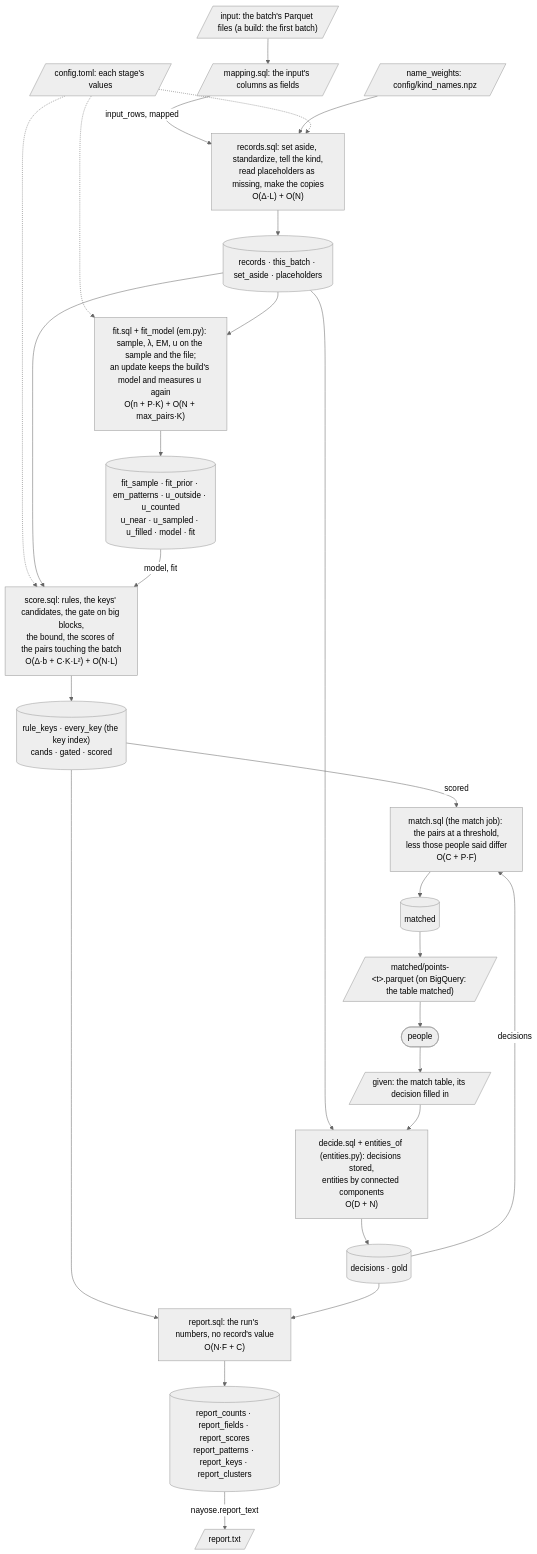
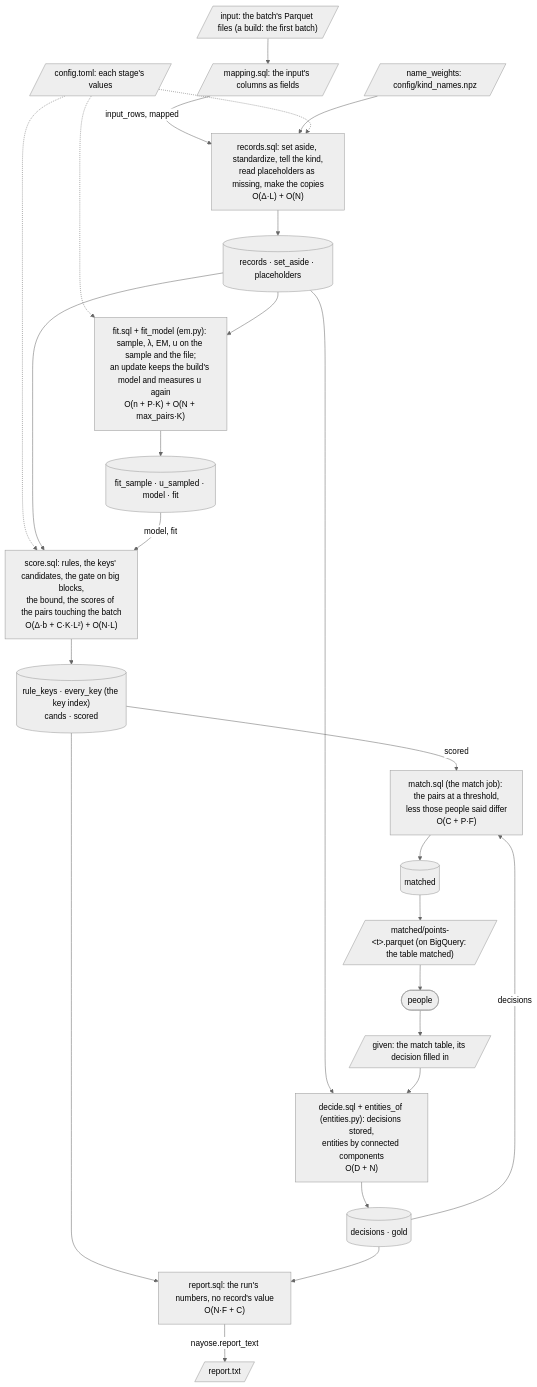
The third of 3 diagrams in docs/architecture.md (mvsbm/entity_matching), drawn with Mermaid (neutral theme) before and after one commit. The commit also changed other lines of this file and 11 other files, not shown here.

````diff
--- a/docs/architecture.md
+++ b/docs/architecture.md
@@ -110,48 +110,46 @@
 ```mermaid
 flowchart TB
   input[/"input: the batch's Parquet files (a build: the first batch)"/]
   mapping[/"mapping.sql: the input's columns as fields"/]
   values[/"config.toml: each stage's values"/]
   names[/"name_weights: config/kind_names.npz"/]
   records["records.sql: set aside, standardize, tell the kind,<br/>read placeholders as missing, make the copies<br/>O(Δ·L) + O(N)"]
   fit["fit.sql + fit_model (em.py): sample, λ, EM, u on the sample and the file;<br/>an update keeps the build's model and measures u again<br/>O(n + P·K) + O(N + max_pairs·K)"]
   score["score.sql: rules, the keys' candidates, the gate on big blocks,<br/>the bound, the scores of the pairs touching the batch<br/>O(Δ·b + C·K·L²) + O(N·L)"]
   decide["decide.sql + entities_of (entities.py): decisions stored,<br/>entities by connected components<br/>O(D + N)"]
   report["report.sql: the run's numbers, no record's value<br/>O(N·F + C)"]
   match["match.sql (the match job): the pairs at a threshold,<br/>less those people said differ<br/>O(C + P·F)"]
-  t_records[("records · this_batch · set_aside · placeholders")]
-  t_fit[("fit_sample · fit_prior · em_patterns · u_outside · u_counted<br/>u_near · u_sampled · u_filled · model · fit")]
-  t_score[("rule_keys · every_key (the key index)<br/>cands · gated · scored")]
+  t_records[("records · set_aside · placeholders")]
+  t_fit[("fit_sample · u_sampled · model · fit")]
+  t_score[("rule_keys · every_key (the key index)<br/>cands · scored")]
   t_decide[("decisions · gold")]
-  t_report[("report_counts · report_fields · report_scores<br/>report_patterns · report_keys · report_clusters")]
   t_matched[("matched")]
   f_report[/"report.txt"/]
   f_matched[/"matched/points-#lt;t#gt;.parquet (on BigQuery: the table matched)"/]
   people(["people"])
   given[/"given: the match table, its decision filled in"/]
   input --> mapping
   mapping -->|"input_rows, mapped"| records
   names --> records
   values -.-> records
   values -.-> fit
   values -.-> score
   records --> t_records
   t_records --> fit
   fit --> t_fit
   t_records --> score
   t_fit -->|"model, fit"| score
   score --> t_score
   t_score --> report
   t_records --> decide
   decide --> t_decide
   t_decide --> report
-  report --> t_report
-  t_report -->|"nayose.report_text"| f_report
+  report -->|"nayose.report_text"| f_report
   t_score -->|"scored"| match
   t_decide -->|"decisions"| match
   match --> t_matched
   t_matched --> f_matched
   f_matched --> people
   people --> given
   given --> decide
 ```
````
